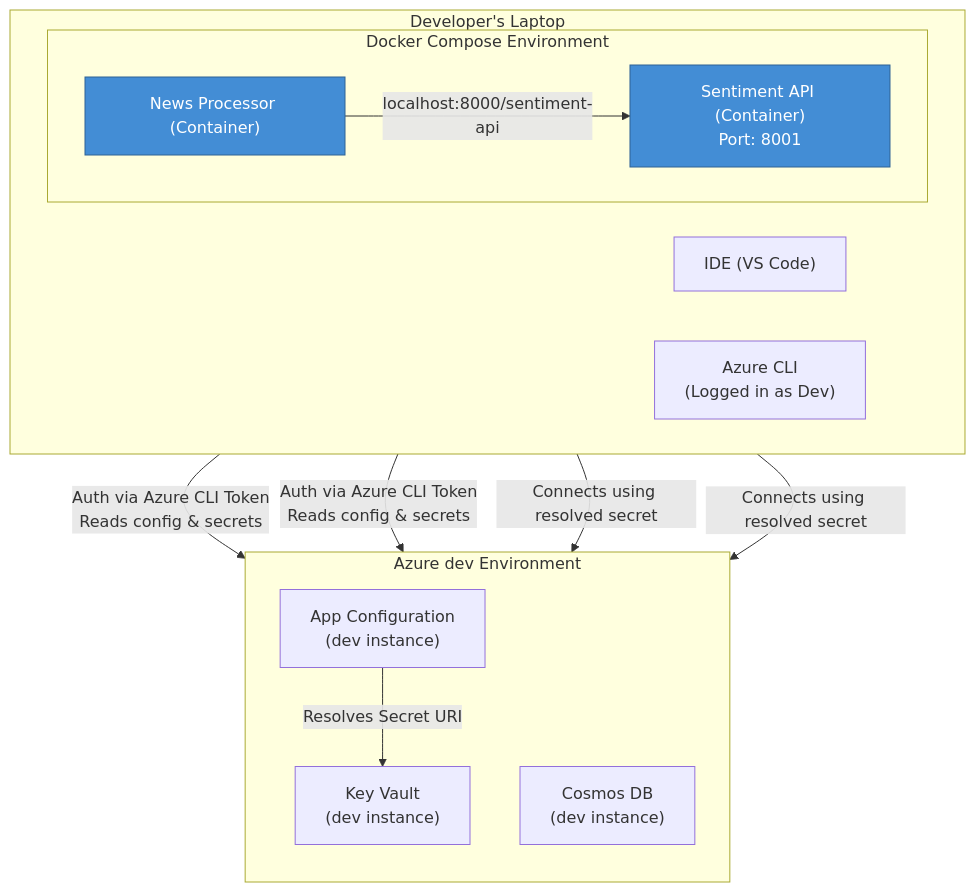
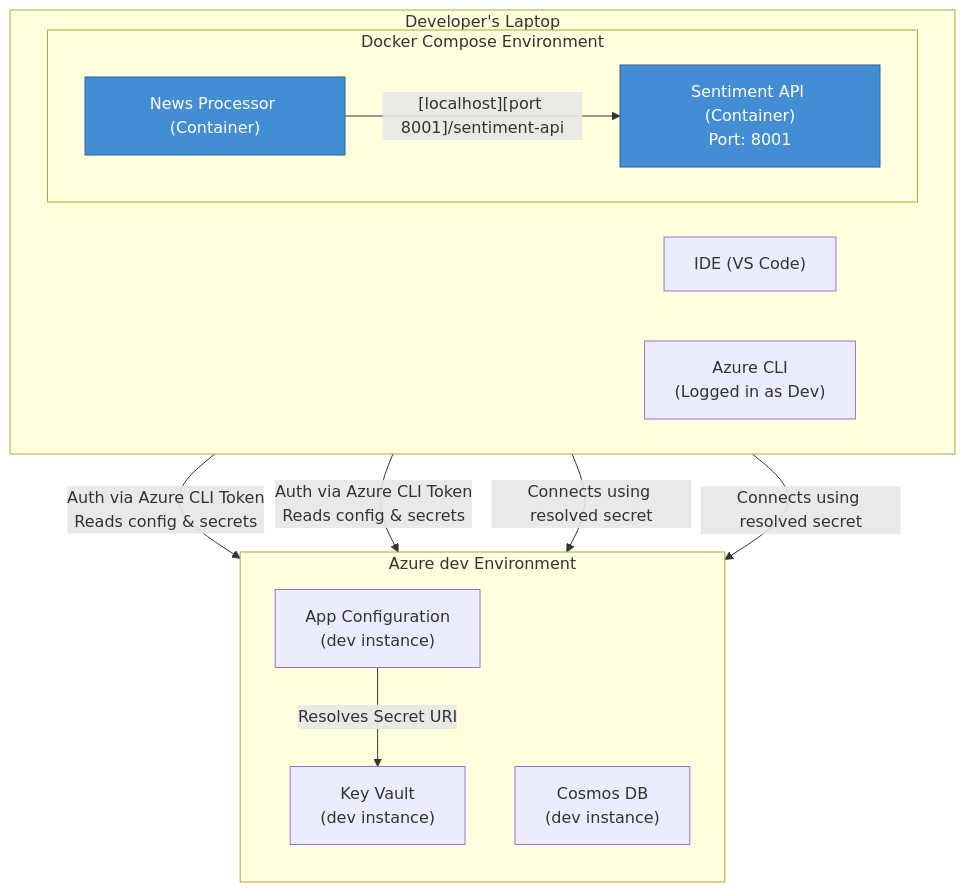
Before and after one commit to vladavilov/playground: the fourth of 7 diagrams in risk-analytics-agent/ai_docs/1_architecture/NewsSentimentService_SystemArchitecture.md, drawn with Mermaid.

````diff
--- a/risk-analytics-agent/ai_docs/1_architecture/NewsSentimentService_SystemArchitecture.md
+++ b/risk-analytics-agent/ai_docs/1_architecture/NewsSentimentService_SystemArchitecture.md
@@ -292,29 +292,29 @@
 ```mermaid
 graph TD
     subgraph "Developer's Laptop"
         direction LR
         subgraph "Docker Compose Environment"
             A["Sentiment API (Container)<br/>Port: 8001"]
             B["News Processor (Container)"]
         end
         C["IDE (VS Code)"]
         D["Azure CLI<br/>(Logged in as Dev)"]
     end
 
     subgraph "Azure dev Environment"
         direction TB
         E["App Configuration<br/>(dev instance)"]
         F["Key Vault<br/>(dev instance)"]
         G["Cosmos DB<br/>(dev instance)"]
     end
 
-    B -- "localhost:8000/sentiment-api" --> A
+    B -- "[localhost][port 8001]/sentiment-api" --> A
     A -- "Auth via Azure CLI Token<br/>Reads config & secrets" --> E
     B -- "Auth via Azure CLI Token<br/>Reads config & secrets" --> E
     E -- "Resolves Secret URI" --> F
     A -- "Connects using resolved secret" --> G
     B -- "Connects using resolved secret" --> G
 
     style A fill:#438dd5,stroke:#2e6295,color:#ffffff
     style B fill:#438dd5,stroke:#2e6295,color:#ffffff
 ```
````
